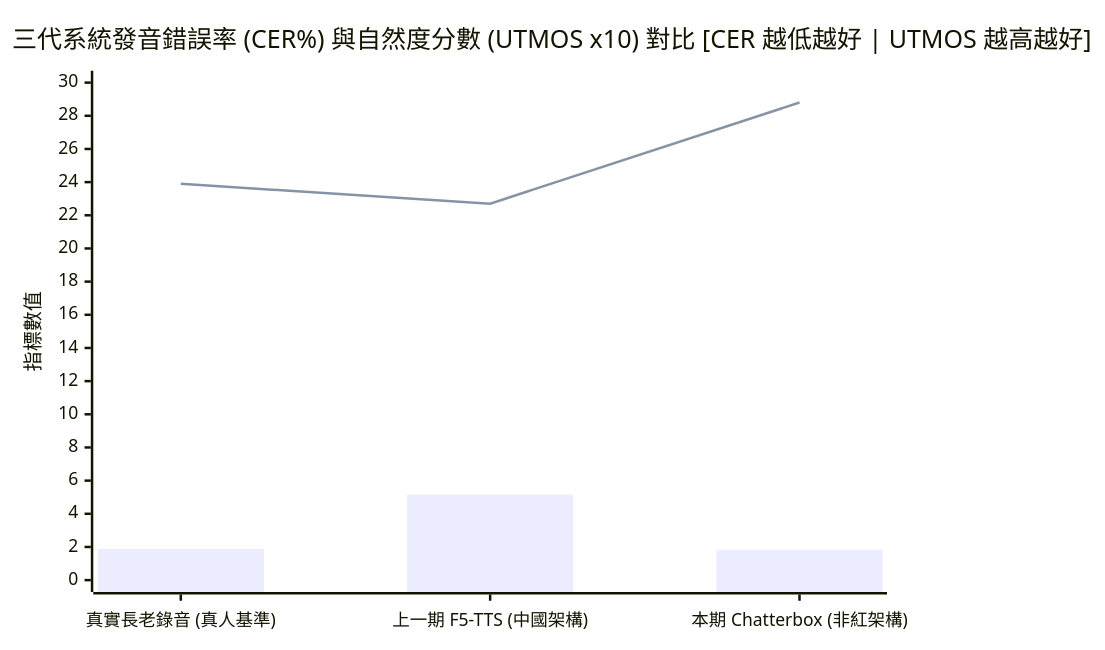
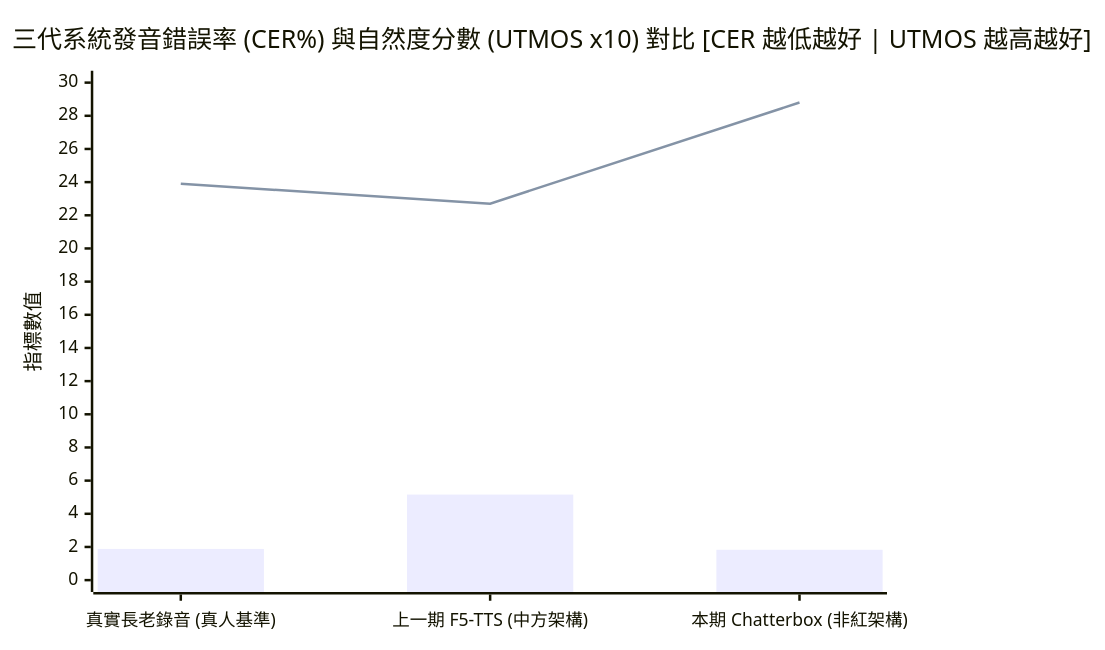
Before and after one commit to Voxmosa/Formosan-AI-Reports: the third of 5 diagrams in reports/2026-10-20/tts_simplified_report.md, drawn with Mermaid. The commit also changed other lines of this file and 2 other files, not shown here.

Commit message:
docs(tts-report): update titles and content to emphasize 3 key highlights in Chatterbox TTS

````diff
--- a/reports/2026-10-20/tts_simplified_report.md
+++ b/reports/2026-10-20/tts_simplified_report.md
@@ -116,8 +110,8 @@
 ```mermaid
 xychart-beta
     title "三代系統發音錯誤率 (CER%) 與自然度分數 (UTMOS x10) 對比 [CER 越低越好 | UTMOS 越高越好]"
-    x-axis ["真實長老錄音 (真人基準)", "上一期 F5-TTS (中國架構)", "本期 Chatterbox (非紅架構)"]
+    x-axis ["真實長老錄音 (真人基準)", "上一期 F5-TTS (中方架構)", "本期 Chatterbox (非紅架構)"]
     y-axis "指標數值" 0 --> 30
     bar [1.88, 5.16, 1.83]
     line [23.9, 22.7, 28.8]
 ```
````
